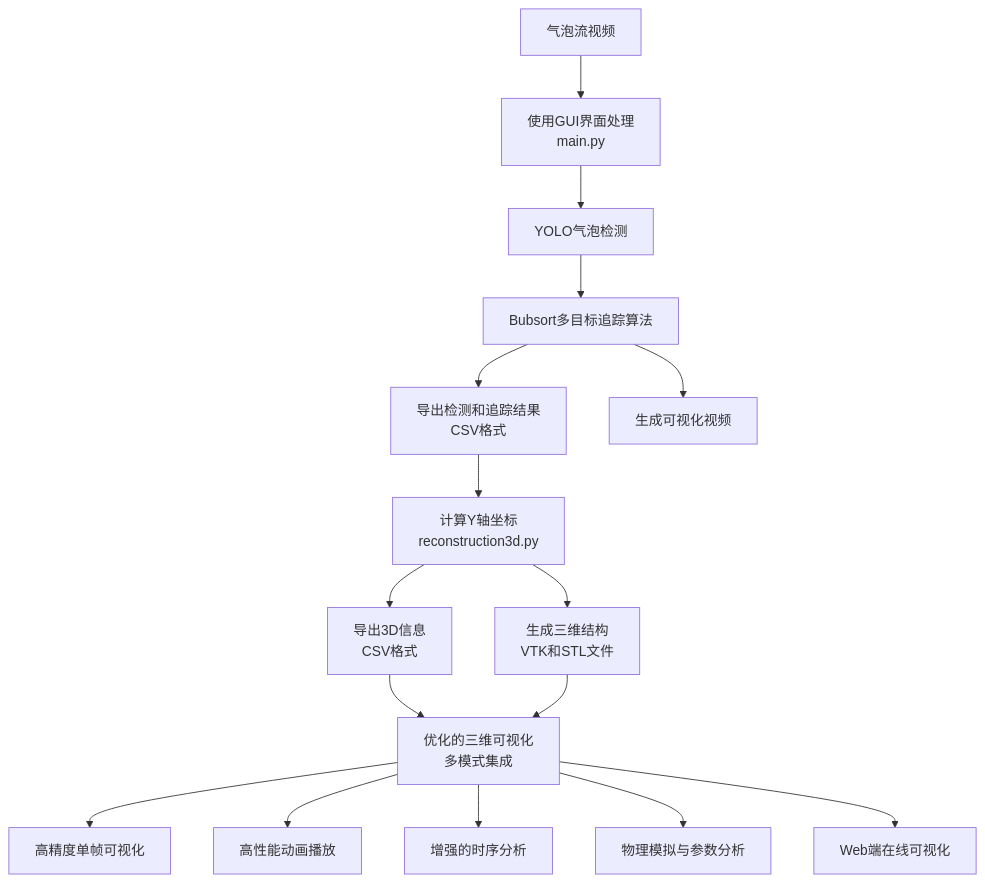
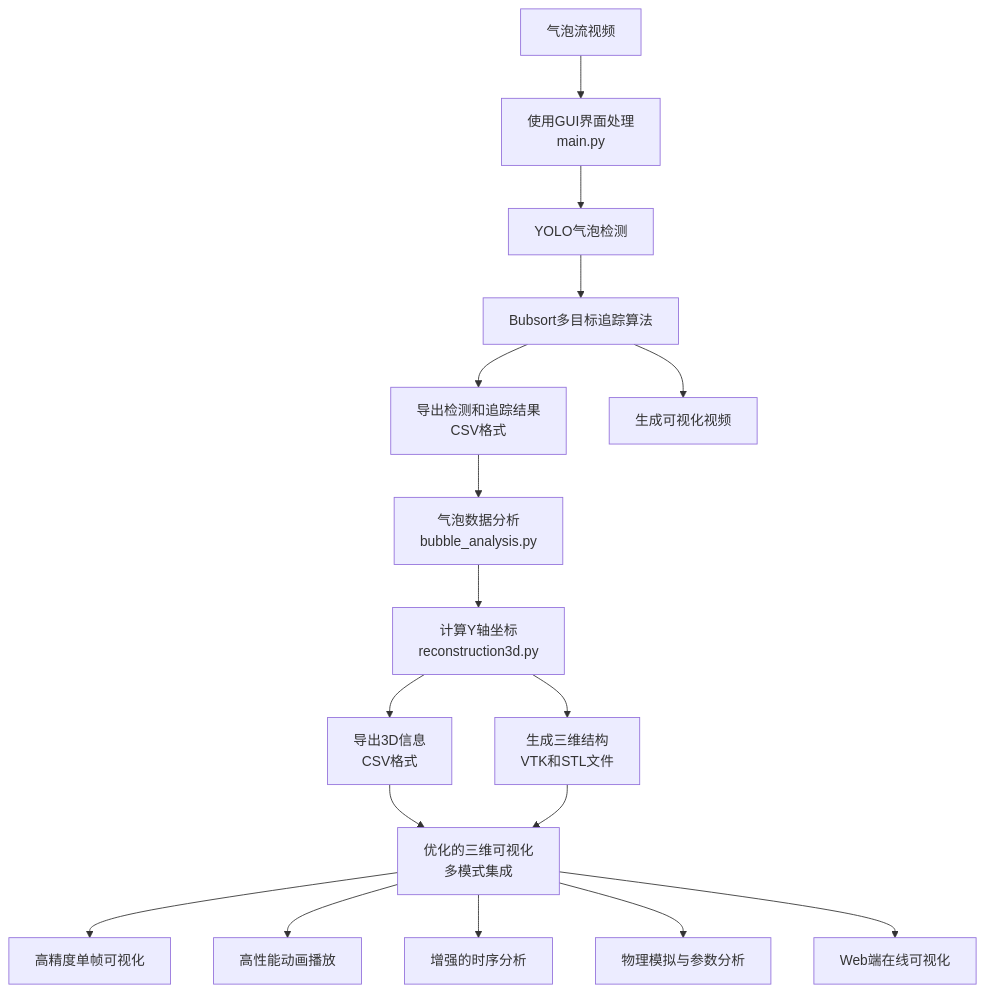
One commit to AI4CT/BFRM changed the second of 2 diagrams in README.md. Above: the diagram before and after it, drawn with Mermaid. The commit also changed other lines of this file and 3 other files, not shown here.

````diff
--- a/README.md
+++ b/README.md
@@ -101,18 +122,19 @@
 ```mermaid
 graph TD
     A[气泡流视频] --> B[使用GUI界面处理<br>main.py]
     B --> C[YOLO气泡检测]
     C --> D[Bubsort多目标追踪算法]
     D --> E1[导出检测和追踪结果<br>CSV格式]
     D --> E2[生成可视化视频]
-    E1 --> F[计算Y轴坐标<br>reconstruction3d.py]
+    E1 --> E3[气泡数据分析<br>bubble_analysis.py]
+    E3 --> F[计算Y轴坐标<br>reconstruction3d.py]
     F --> G1[导出3D信息<br>CSV格式]
     F --> G2[生成三维结构<br>VTK和STL文件]
     G1 --> H[优化的三维可视化<br>多模式集成]
     G2 --> H
     H --> I1[高精度单帧可视化]
     H --> I2[高性能动画播放]
     H --> I3[增强的时序分析]
     H --> I4[物理模拟与参数分析]
     H --> I5[Web端在线可视化]
 ```
````
